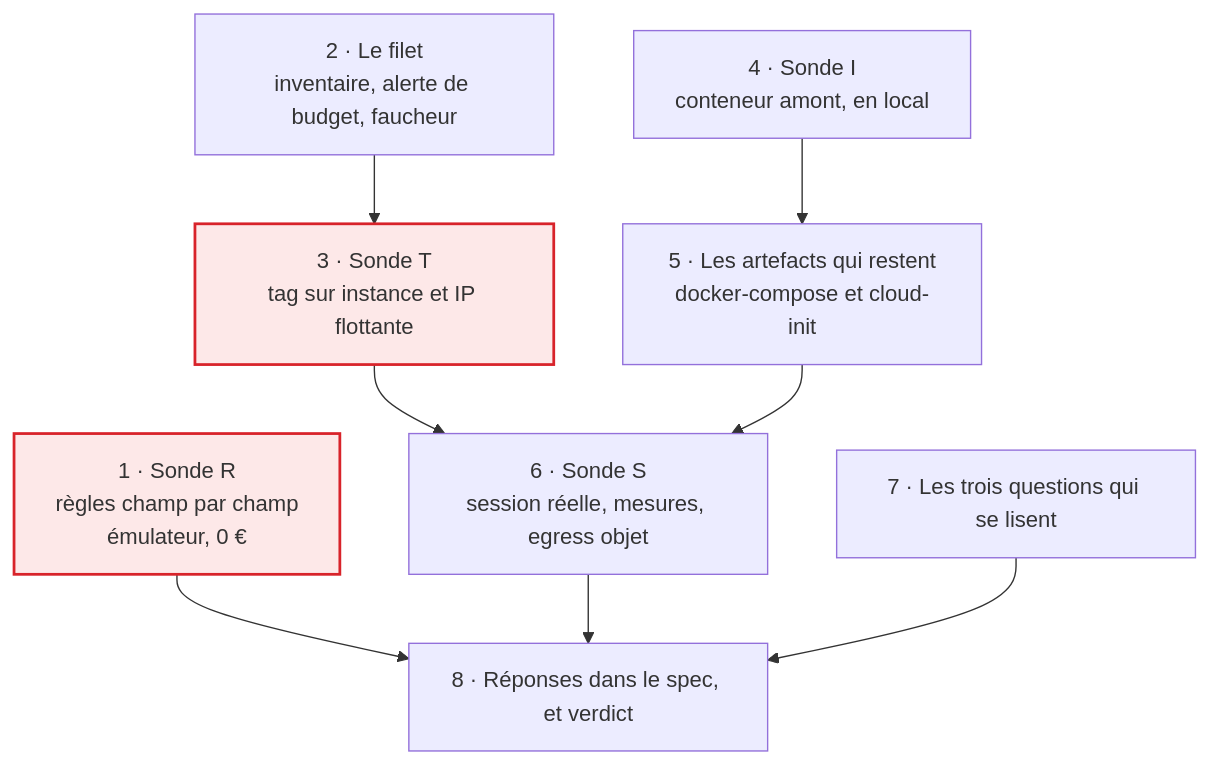
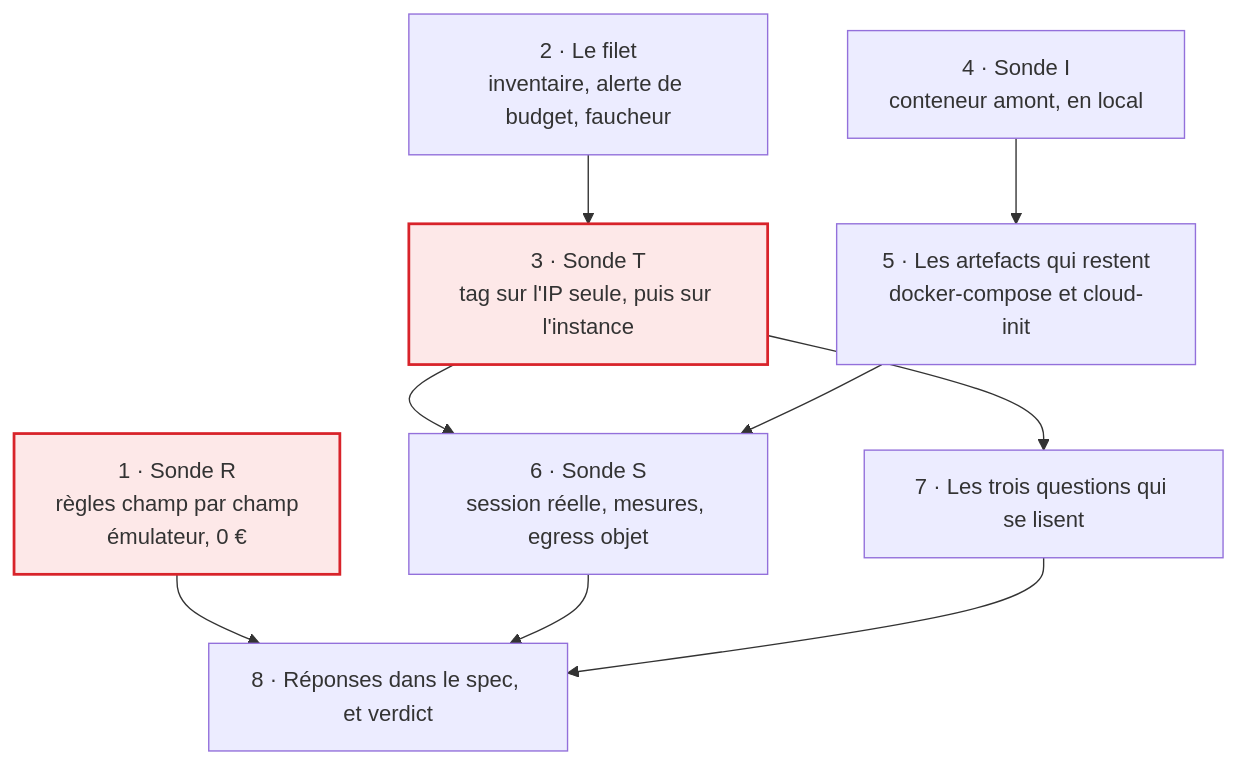
Before and after one commit to charlouze/beacon-hosting: the diagram in docs/superpowers/plans/2026-09-03-tranche-0-sonder.md, drawn with Mermaid. The commit also changed other lines of this file and 12 other files, not shown here.

````diff
--- a/docs/superpowers/plans/2026-09-03-tranche-0-sonder.md
+++ b/docs/superpowers/plans/2026-09-03-tranche-0-sonder.md
@@ -56,22 +87,23 @@
 ```mermaid
 flowchart TD
     T1["1 · Sonde R<br/>règles champ par champ<br/>émulateur, 0 €"]
     T2["2 · Le filet<br/>inventaire, alerte de budget, faucheur"]
-    T3["3 · Sonde T<br/>tag sur instance et IP flottante"]
+    T3["3 · Sonde T<br/>tag sur l'IP seule, puis sur l'instance"]
     T4["4 · Sonde I<br/>conteneur amont, en local"]
     T5["5 · Les artefacts qui restent<br/>docker-compose et cloud-init"]
     T6["6 · Sonde S<br/>session réelle, mesures, egress objet"]
     T7["7 · Les trois questions qui se lisent"]
     T8["8 · Réponses dans le spec, et verdict"]
 
     T1 --> T8
     T2 --> T3
     T3 --> T6
     T4 --> T5
     T5 --> T6
     T6 --> T8
+    T3 --> T7
     T7 --> T8
 
     classDef arch fill:#fde8e8,stroke:#d8232a,stroke-width:2px
     class T1,T3 arch
 ```
````
